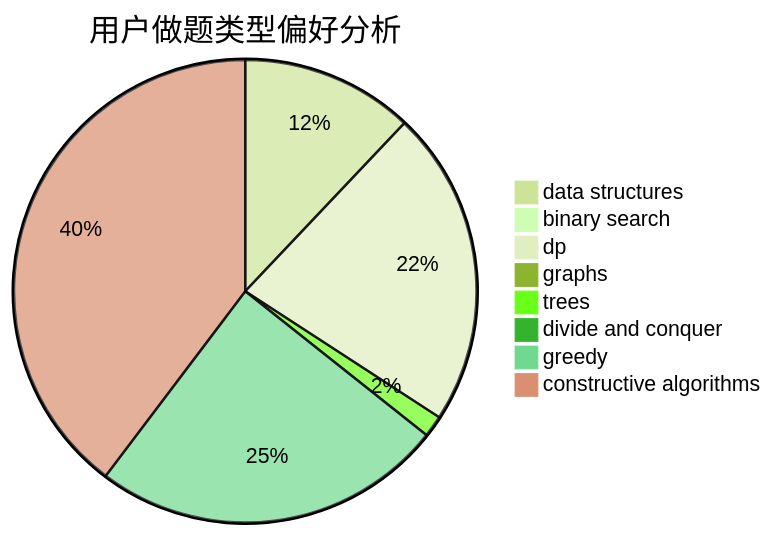
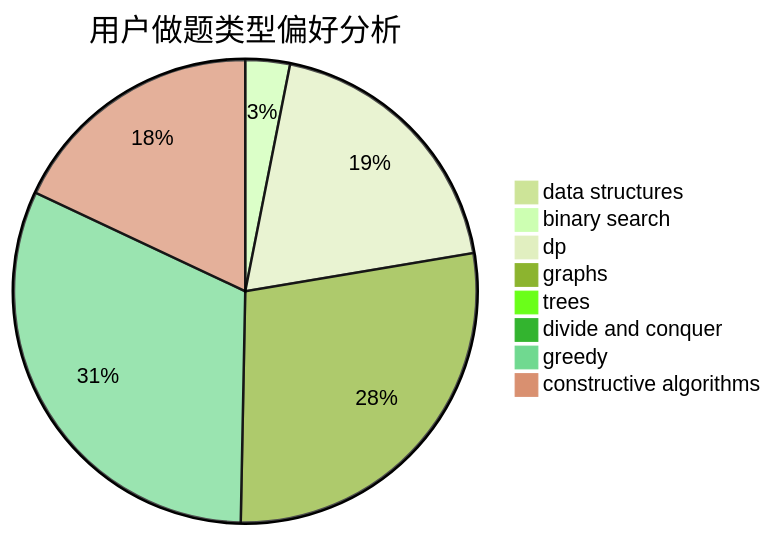
One commit to sherpahu/cfrs.github.io changed the second of 3 diagrams in docs/user/u2728.md. Above: the diagram before and after it, drawn with Mermaid (forest theme). The commit also changed other lines of this file and 2770 other files, not shown here.

````diff
--- a/docs/user/u2728.md
+++ b/docs/user/u2728.md
@@ -23,11 +23,11 @@
 ```mermaid
 pie title 用户做题类型偏好分析
-    "data structures" :  24
-    "binary search" :  0
-    "dp" :  44
-    "graphs" :  0
-    "trees" :  3
-    "divide and conquer" :  0
-    "greedy" :  49
-    "constructive algorithms" :  79
+    "data structures" :  1
+    "binary search" :  5
+    "dp" :  31
+    "graphs" :  45
+    "trees" :  0
+    "divide and conquer" :  1
+    "greedy" :  51
+    "constructive algorithms" :  29
 ```
````
